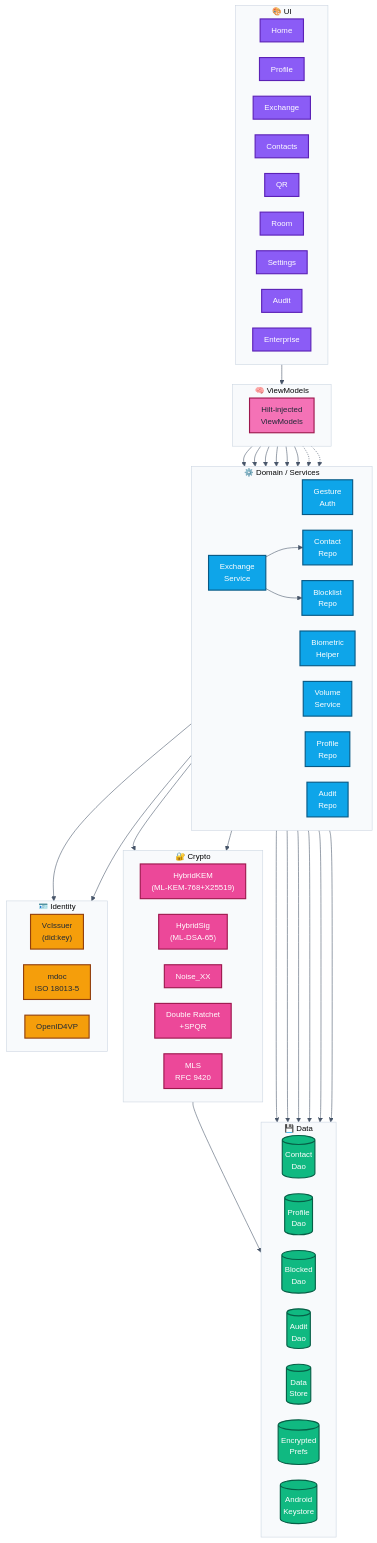
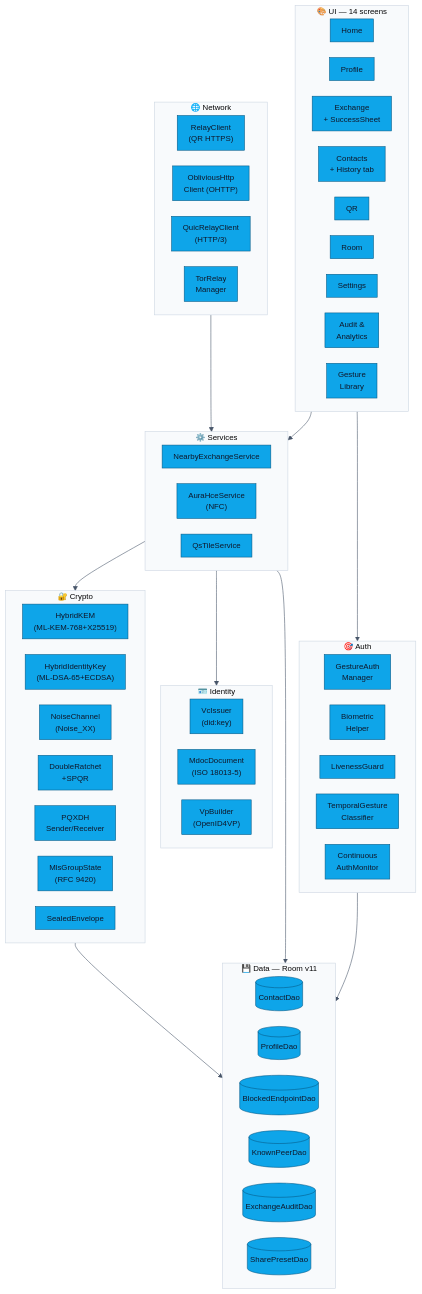
The second of 2 diagrams in README.md (Yash-Awasthi/Aura), drawn with Mermaid before and after one commit. The commit also changed other lines of this file and 10 other files, not shown here.

````diff
--- a/README.md
+++ b/README.md
@@ -150,74 +147,68 @@
   'clusterBorder':'#CBD5E1'
 },'flowchart':{'curve':'basis','nodeSpacing':28,'rankSpacing':36,'padding':10}}}%%
 flowchart TB
-    subgraph UI["🎨&nbsp;UI"]
+    subgraph UI["🎨 UI — 14 screens"]
         direction LR
         HF["Home"]:::ui
         PF["Profile"]:::ui
-        EF["Exchange"]:::ui
-        CF["Contacts"]:::ui
+        EF["Exchange\n+ SuccessSheet"]:::ui
+        CF["Contacts\n+ History tab"]:::ui
         QF["QR"]:::ui
         RF["Room"]:::ui
         SF["Settings"]:::ui
-        AUF["Audit"]:::ui
-        ENT["Enterprise"]:::ui
+        AuF["Audit &\nAnalytics"]:::ui
+        GF["Gesture\nLibrary"]:::ui
     end
-    subgraph VM["🧠&nbsp;ViewModels"]
+    subgraph SVC["⚙️ Services"]
         direction LR
-        V1["Hilt-injected<br/>ViewModels"]:::vm
+        NX["NearbyExchangeService"]:::service
+        HCE["AuraHceService\n(NFC)"]:::service
+        QS["QsTileService"]:::service
     end
-    subgraph DOM["⚙️&nbsp;Domain&nbsp;/&nbsp;Services"]
+    subgraph AUTH["🎯 Auth"]
         direction LR
-        GA["Gesture<br/>Auth"]:::service
-        BA["Biometric<br/>Helper"]:::service
-        VB["Volume<br/>Service"]:::service
-        NX["Exchange<br/>Service"]:::service
-        CR["Contact<br/>Repo"]:::service
-        PR["Profile<br/>Repo"]:::service
-        BR["Blocklist<br/>Repo"]:::service
-        AR["Audit<br/>Repo"]:::service
+        GA["GestureAuth\nManager"]:::service
+        BA["Biometric\nHelper"]:::service
+        LG["LivenessGuard"]:::service
+        TG["TemporalGesture\nClassifier"]:::service
+        CA["Continuous\nAuthMonitor"]:::service
     end
-    subgraph CRY["🔐&nbsp;Crypto"]
+    subgraph CRY["🔐 Crypto"]
         direction LR
-        KEM["HybridKEM<br/>(ML-KEM-768+X25519)"]:::crypto
-        SIG["HybridSig<br/>(ML-DSA-65)"]:::crypto
-        NSE["Noise_XX"]:::crypto
-        DR["Double Ratchet<br/>+SPQR"]:::crypto
-        MLS["MLS<br/>RFC 9420"]:::crypto
+        KEM["HybridKEM\n(ML-KEM-768+X25519)"]:::crypto
+        SIG["HybridIdentityKey\n(ML-DSA-65+ECDSA)"]:::crypto
+        NSE["NoiseChannel\n(Noise_XX)"]:::crypto
+        DR["DoubleRatchet\n+SPQR"]:::crypto
+        PQ["PQXDH\nSender/Receiver"]:::crypto
+        MLS["MlsGroupState\n(RFC 9420)"]:::crypto
+        SE["SealedEnvelope"]:::crypto
     end
-    subgraph IDL["🪪&nbsp;Identity"]
+    subgraph IDL["🪪 Identity"]
         direction LR
-        VC["VcIssuer<br/>(did:key)"]:::id
-        MDOC["mdoc<br/>ISO 18013-5"]:::id
-        VP["OpenID4VP"]:::id
+        VC["VcIssuer\n(did:key)"]:::id
+        MD["MdocDocument\n(ISO 18013-5)"]:::id
+        VP["VpBuilder\n(OpenID4VP)"]:::id
     end
-    subgraph DAT["💾&nbsp;Data"]
+    subgraph NET["🌐 Network"]
         direction LR
-        CD[("Contact<br/>Dao")]:::data
-        PD[("Profile<br/>Dao")]:::data
-        BD[("Blocked<br/>Dao")]:::data
-        AuD[("Audit<br/>Dao")]:::data
-        DS[("Data<br/>Store")]:::data
-        ESP[("Encrypted<br/>Prefs")]:::data
-        KS[("Android<br/>Keystore")]:::data
+        RC["RelayClient\n(QR HTTPS)"]:::data
+        OC["ObliviousHttp\nClient (OHTTP)"]:::data
+        QC["QuicRelayClient\n(HTTP/3)"]:::data
+        TR["TorRelay\nManager"]:::data
+    end
+    subgraph DAT["💾 Data — Room v11"]
+        direction LR
+        CD[("ContactDao")]:::data
+        PD[("ProfileDao")]:::data
+        BD[("BlockedEndpointDao")]:::data
+        KP[("KnownPeerDao")]:::data
+        AuD[("ExchangeAuditDao")]:::data
+        SD[("SharePresetDao")]:::data
     end
 
-    UI --> VM
-    VM --> GA & BA & CR & PR & BR & AR
-    VM -.-> NX & VB
-    GA --> ESP
-    NX --> KEM & NSE & KS & CR & BR
-    NX --> VC & MDOC
-    SIG --> KS
-    CR --> CD
-    PR --> PD
-    BR --> BD
-    AR --> AuD
-
-    classDef ui fill:#8B5CF6,color:#FFFFFF,stroke:#5B21B6,stroke-width:2px
-    classDef vm fill:#F472B6,color:#1F2937,stroke:#9D174D,stroke-width:2px
-    classDef service fill:#0EA5E9,color:#FFFFFF,stroke:#075985,stroke-width:2px
-    classDef crypto fill:#EC4899,color:#FFFFFF,stroke:#9D174D,stroke-width:2px
-    classDef id fill:#F59E0B,color:#1F2937,stroke:#92400E,stroke-width:2px
-    classDef data fill:#10B981,color:#FFFFFF,stroke:#065F46,stroke-width:2px
+    UI --> SVC & AUTH
+    SVC --> CRY & IDL & DAT
+    AUTH --> DAT
+    NET --> SVC
+    CRY --> DAT
 ```
````
